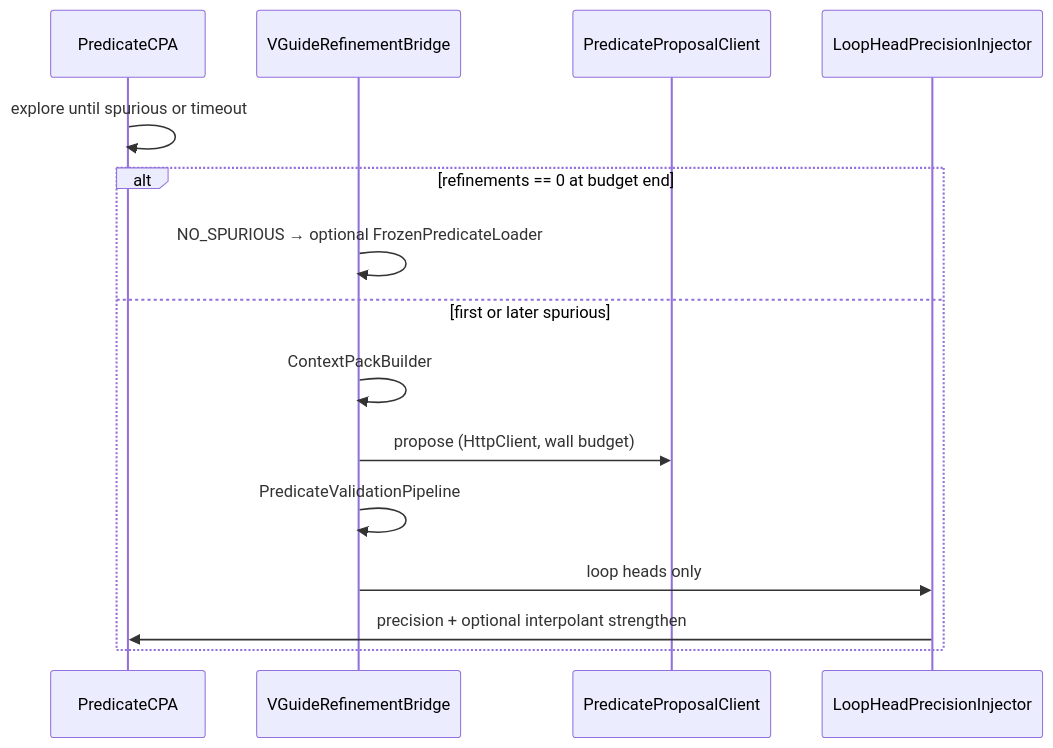
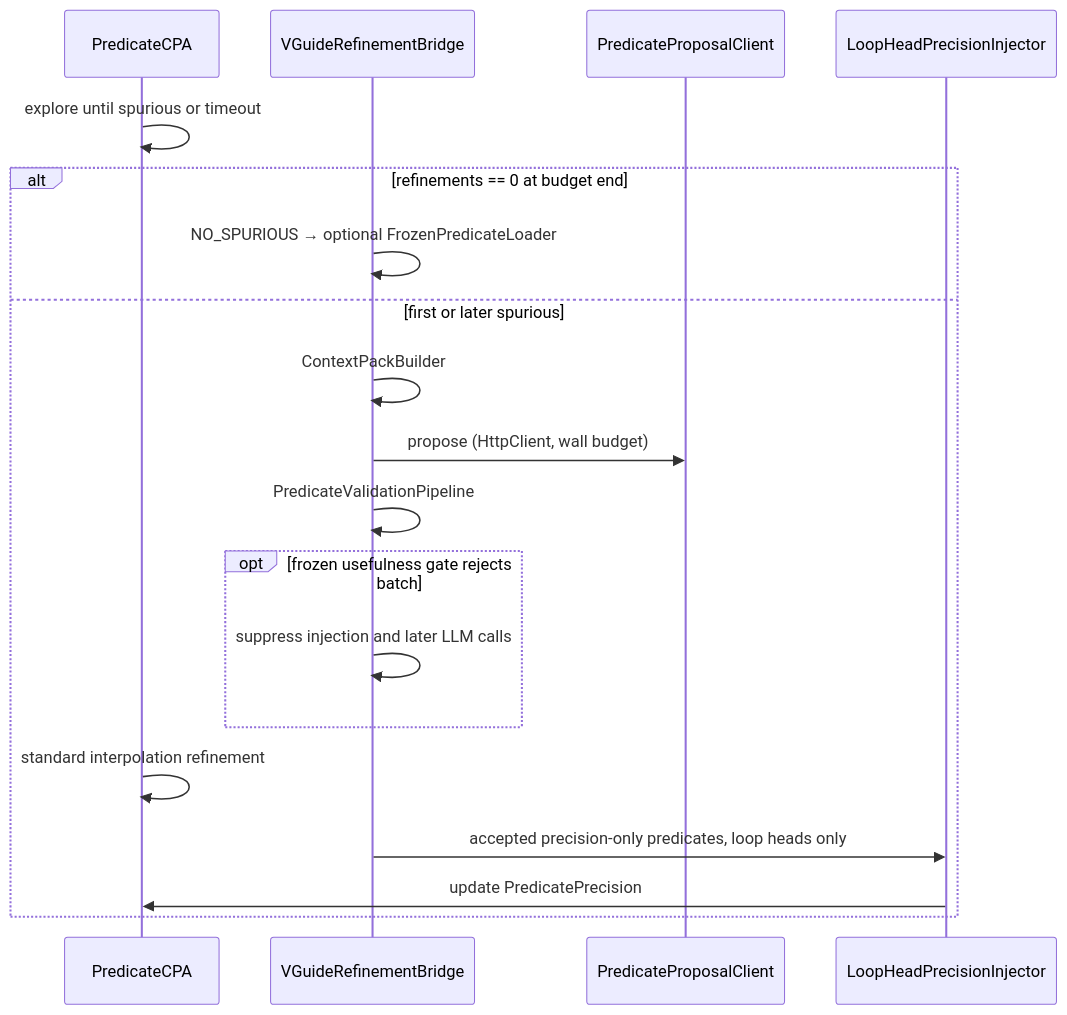
The diagram in docs/vguided-cegar/architecture/UNIFIED_VGUIDE_ARCHITECTURE.md (swear01/cpachecker), drawn with Mermaid before and after one commit. The commit also changed other lines of this file and 19 other files, not shown here.

````diff
--- a/docs/vguided-cegar/architecture/UNIFIED_VGUIDE_ARCHITECTURE.md
+++ b/docs/vguided-cegar/architecture/UNIFIED_VGUIDE_ARCHITECTURE.md
@@ -33,18 +35,22 @@
 ```mermaid
 sequenceDiagram
   participant CPA as PredicateCPA
   participant Br as VGuideRefinementBridge
   participant LLM as PredicateProposalClient
   participant Inj as LoopHeadPrecisionInjector
 
   CPA->>CPA: explore until spurious or timeout
   alt refinements == 0 at budget end
     Br->>Br: NO_SPURIOUS → optional FrozenPredicateLoader
   else first or later spurious
     Br->>Br: ContextPackBuilder
     Br->>LLM: propose (HttpClient, wall budget)
     Br->>Br: PredicateValidationPipeline
-    Br->>Inj: loop heads only
-    Inj->>CPA: precision + optional interpolant strengthen
+    opt frozen usefulness gate rejects batch
+      Br->>Br: suppress injection and later LLM calls
+    end
+    CPA->>CPA: standard interpolation refinement
+    Br->>Inj: accepted precision-only predicates, loop heads only
+    Inj->>CPA: update PredicatePrecision
   end
 ```
````
